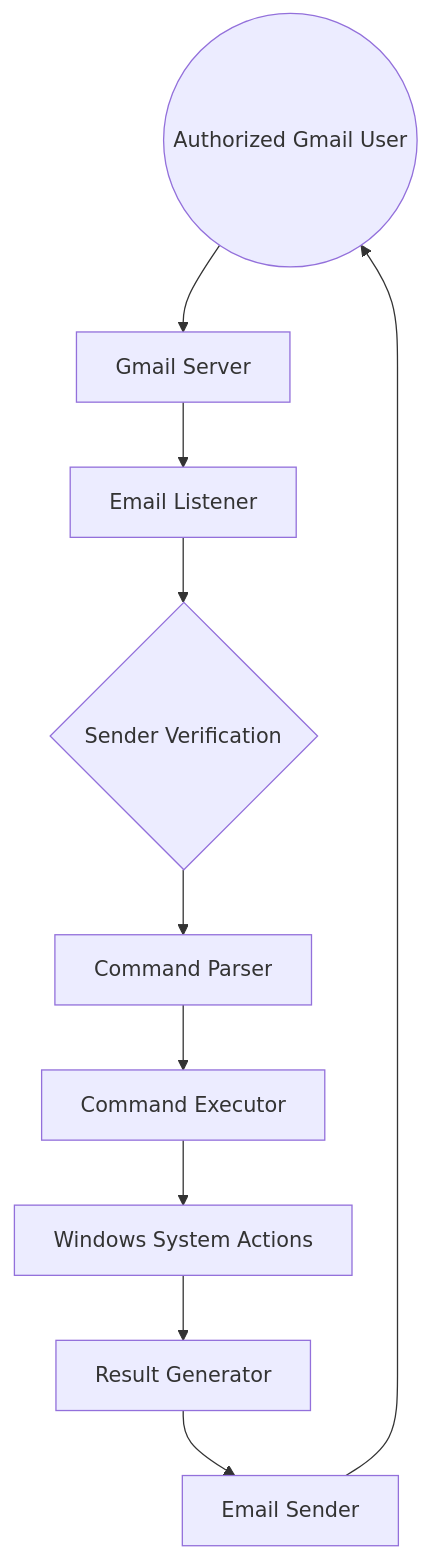
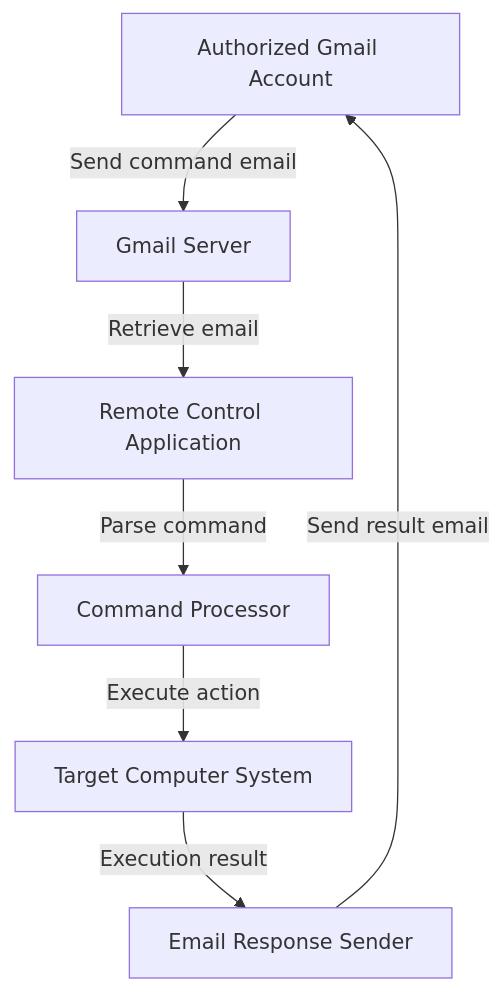
The diagram in README.md (trongtz/control-pc-by-email), drawn with Mermaid before and after one commit.

````diff
--- a/README.md
+++ b/README.md
@@ -46,12 +46,9 @@
 ```mermaid
 graph TD
-    User((Authorized Gmail User)) --> Server[Gmail Server]
-    Server --> Listener[Email Listener]
-    Listener --> Verify{Sender Verification}
-    Verify --> Parser[Command Parser]
-    Parser --> Executor[Command Executor]
-    Executor --> Actions[Windows System Actions]
-    Actions --> Result[Result Generator]
-    Result --> Sender[Email Sender]
-    Sender --> User
+    A[Authorized Gmail Account] -->|Send command email| B[Gmail Server]
+    B -->|Retrieve email| C[Remote Control Application]
+    C -->|Parse command| D[Command Processor]
+    D -->|Execute action| E[Target Computer System]
+    E -->|Execution result| F[Email Response Sender]
+    F -->|Send result email| A
 ```
````
